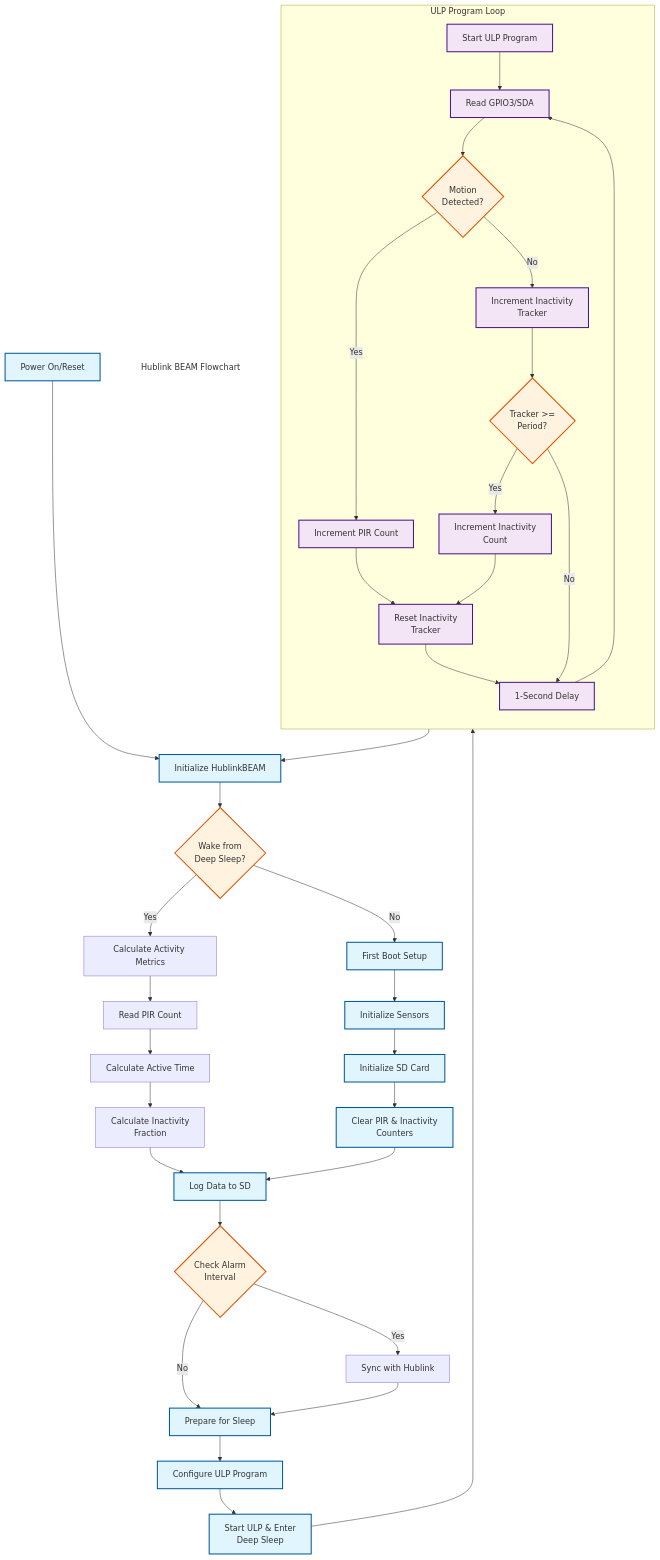
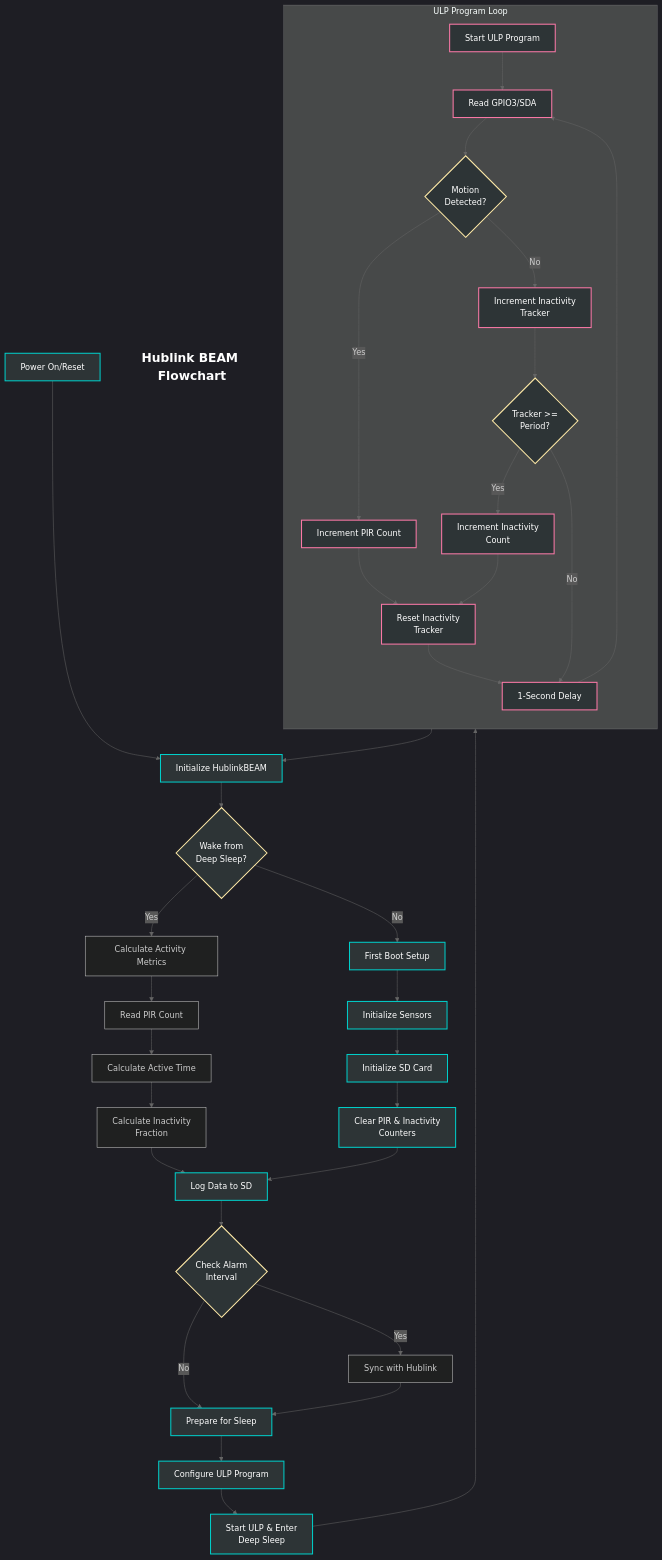
The diagram in docs/flowchart.md (Neurotech-Hub/Hublink-BEAM), drawn with Mermaid before and after one commit.

````diff
--- a/docs/flowchart.md
+++ b/docs/flowchart.md
@@ -1,60 +1,73 @@
 ```mermaid
+%%{init: {
+    'theme': 'dark',
+    'themeVariables': {
+        'fontFamily': 'arial',
+        'fontSize': '16px',
+        'primaryColor': '#1a1a1a',
+        'primaryTextColor': '#fff',
+        'primaryBorderColor': '#fff',
+        'lineColor': '#666',
+        'secondaryColor': '#2a2a2a',
+        'tertiaryColor': '#2a2a2a'
+    }
+}}%%
 flowchart TB
     title[Hublink BEAM Flowchart]
-    style title fill:none,stroke:none
+    style title fill:none,stroke:none,color:#fff,font-size:24px,font-weight:bold
     
     %% ULP Program Flow - Starts here after deep sleep
     subgraph ULP [ULP Program Loop]
         direction TB
         ULPStart[Start ULP Program] --> ReadGPIO[Read GPIO3/SDA]
         ReadGPIO --> Motion{Motion\nDetected?}
         Motion -- Yes --> IncPIR[Increment PIR Count]
         IncPIR --> ResetTracker[Reset Inactivity\nTracker]
         Motion -- No --> IncTracker[Increment Inactivity\nTracker]
         IncTracker --> CheckPeriod{Tracker >=\nPeriod?}
         CheckPeriod -- Yes --> IncInactive[Increment Inactivity\nCount]
         IncInactive --> ResetTracker
         CheckPeriod -- No --> Delay[1-Second Delay]
         ResetTracker --> Delay
         Delay --> ReadGPIO
     end
     
     %% Main Program Flow - After ULP or power on
     Start[Power On/Reset] --> Init[Initialize HublinkBEAM]
     ULP --> Init
     Init --> CheckWake{Wake from\nDeep Sleep?}
     
     %% First Boot Path
     CheckWake -- No --> FirstBoot[First Boot Setup]
     FirstBoot --> InitSensors[Initialize Sensors]
     InitSensors --> InitSD[Initialize SD Card]
     InitSD --> ClearCounters[Clear PIR & Inactivity\nCounters]
     
     %% Wake from Sleep Path
     CheckWake -- Yes --> CalcMetrics[Calculate Activity Metrics]
     CalcMetrics --> ReadPIR[Read PIR Count]
     ReadPIR --> CalcActive[Calculate Active Time]
     CalcActive --> CalcInactive[Calculate Inactivity\nFraction]
     
     %% Main Loop from BasicLoggingHublink.ino
     CalcInactive --> LogData[Log Data to SD]
     ClearCounters --> LogData
     LogData --> CheckAlarm{Check Alarm\nInterval}
     CheckAlarm -- Yes --> SyncData[Sync with Hublink]
     CheckAlarm -- No --> PrepSleep[Prepare for Sleep]
     SyncData --> PrepSleep
     
     %% Sleep Preparation
     PrepSleep --> ConfigULP[Configure ULP Program]
     ConfigULP --> StartULP[Start ULP & Enter\nDeep Sleep]
     StartULP --> ULP
 
     %% Styling
-    classDef process fill:#e1f5fe,stroke:#01579b,stroke-width:2px
-    classDef decision fill:#fff3e0,stroke:#e65100,stroke-width:2px
-    classDef ulp fill:#f3e5f5,stroke:#4a148c,stroke-width:2px
+    classDef process fill:#2d3436,stroke:#00cec9,stroke-width:2px,color:#fff
+    classDef decision fill:#2d3436,stroke:#ffeaa7,stroke-width:2px,color:#fff
+    classDef ulp fill:#2d3436,stroke:#fd79a8,stroke-width:2px,color:#fff
     
     class Start,Init,FirstBoot,InitSensors,InitSD,ClearCounters,LogData,PrepSleep,ConfigULP,StartULP process
     class CheckWake,CheckAlarm,Motion,CheckPeriod decision
     class ULPStart,ReadGPIO,IncPIR,ResetTracker,IncTracker,IncInactive,Delay ulp
 ``` 
````
